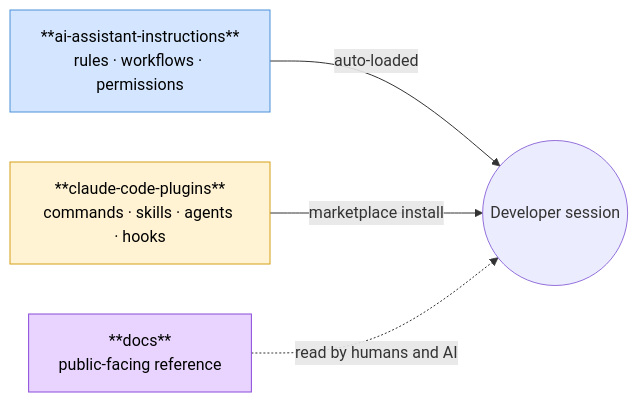
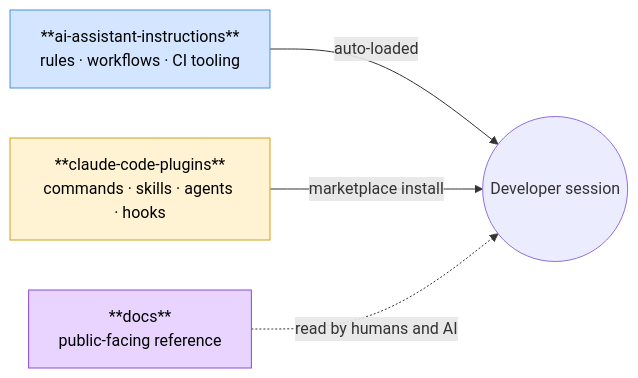
Before and after one commit to dryvist/ai-assistant-instructions: the diagram in README.md, drawn with Mermaid. The commit also changed other lines of this file and 43 other files, not shown here.

````diff
--- a/README.md
+++ b/README.md
@@ -31,15 +32,15 @@
 ```mermaid
 graph LR
-    Rules["**ai-assistant-instructions**<br/>rules · workflows · permissions"]
+    Rules["**ai-assistant-instructions**<br/>rules · workflows · CI tooling"]
     Plugins["**claude-code-plugins**<br/>commands · skills · agents · hooks"]
     Docs["**docs**<br/>public-facing reference"]
     Session(("Developer session"))
 
     Rules -->|"auto-loaded"| Session
     Plugins -->|"marketplace install"| Session
     Docs -.->|"read by humans and AI"| Session
 
     style Rules fill:#d4e6ff,stroke:#4a90d9,color:#000
     style Plugins fill:#fff3d4,stroke:#d4a017,color:#000
     style Docs fill:#e8d4ff,stroke:#8a4ad9,color:#000
 ```
````
